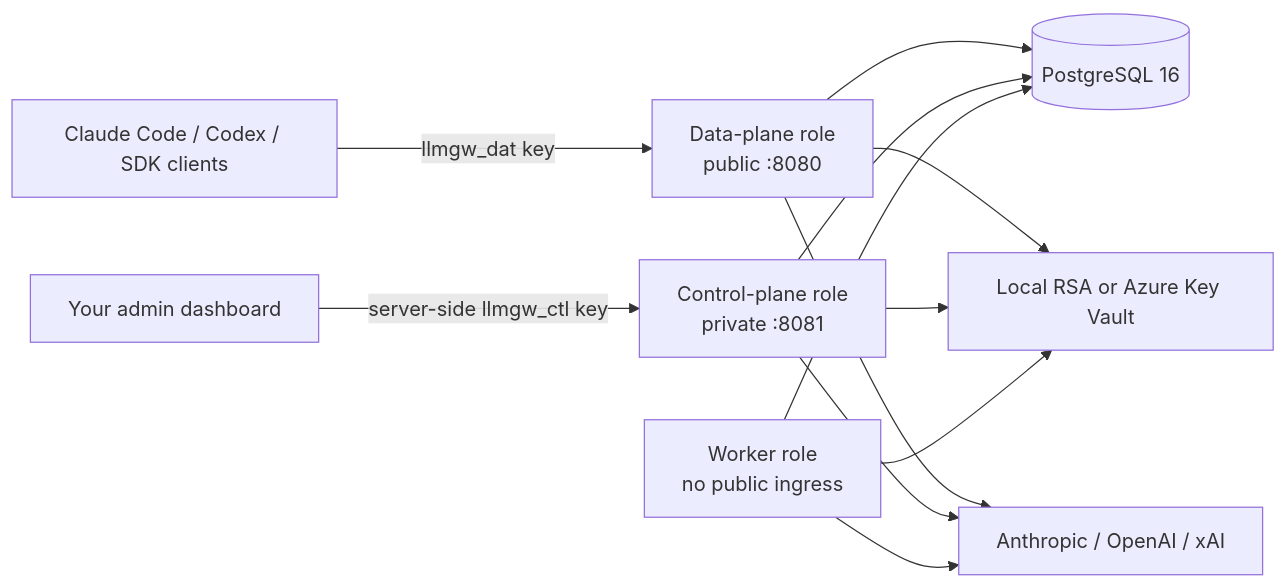
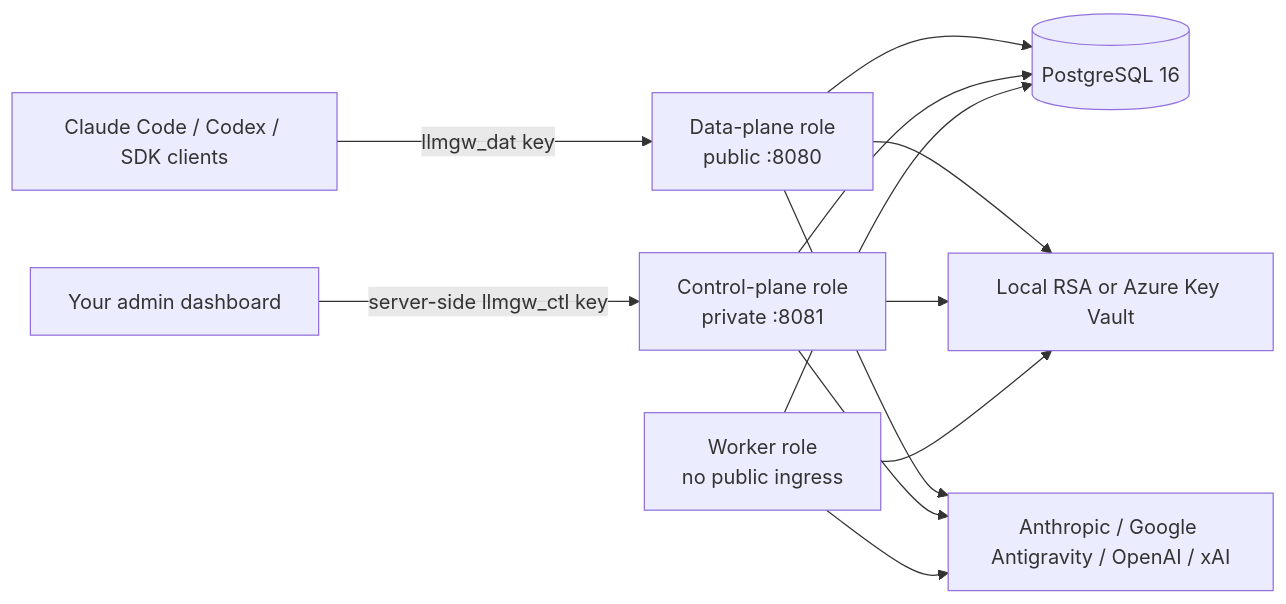
The diagram in README.md (OpenSource03/llm-gateway), drawn with Mermaid before and after one commit. The commit also changed other lines of this file and 25 other files, not shown here.

Commit message:
feat: add Google Antigravity provider

````diff
--- a/README.md
+++ b/README.md
@@ -35,23 +35,23 @@
 ```mermaid
 flowchart LR
     Clients[Claude Code / Codex / SDK clients]
     Dashboard[Your admin dashboard]
     Data[Data-plane role\npublic :8080]
     Control[Control-plane role\nprivate :8081]
     Worker[Worker role\nno public ingress]
     DB[(PostgreSQL 16)]
     KEK[Local RSA or Azure Key Vault]
-    Providers[Anthropic / OpenAI / xAI]
+    Providers[Anthropic / Google Antigravity / OpenAI / xAI]
 
     Clients -->|llmgw_dat key| Data
     Dashboard -->|server-side llmgw_ctl key| Control
     Data --> DB
     Control --> DB
     Worker --> DB
     Data --> KEK
     Control --> KEK
     Worker --> KEK
     Data --> Providers
     Control --> Providers
     Worker --> Providers
 ```
````
